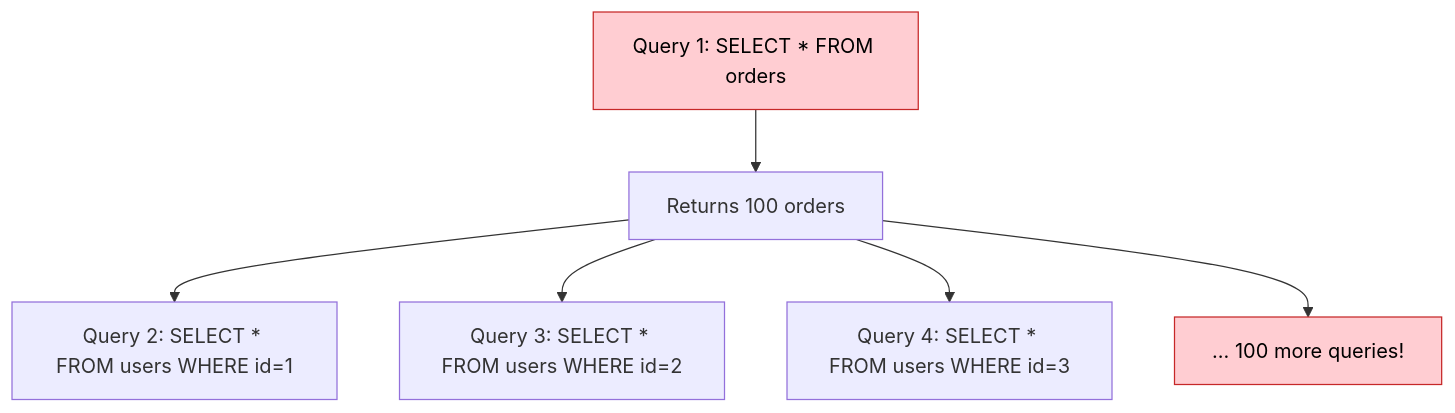
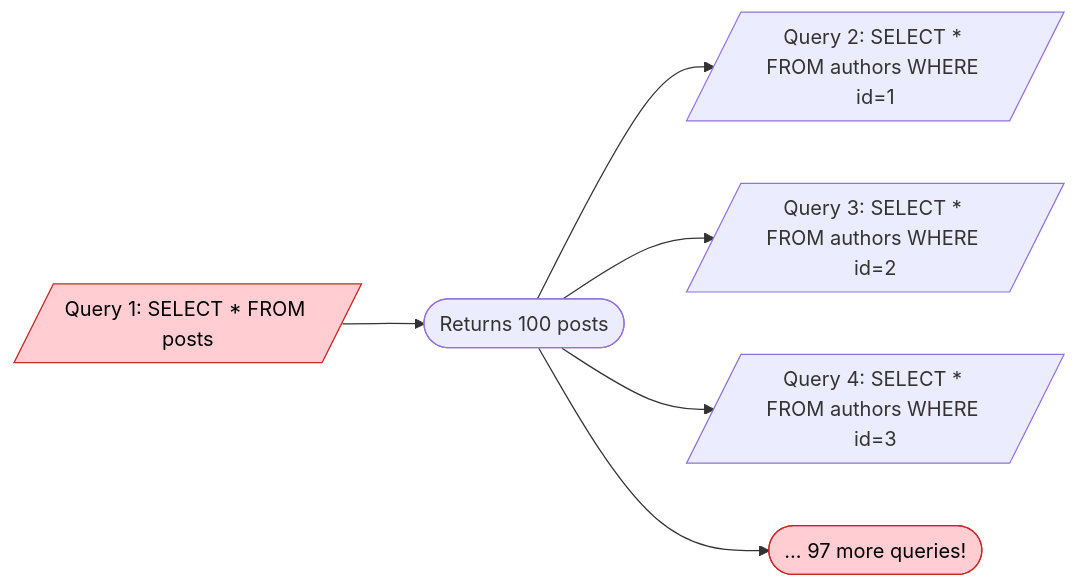
One commit to saivamsikaruturi/vamsilabs-dev-notes-main changed the fourth of 4 diagrams in docs/springboot/spring-data-jpa.md. Above: the diagram before and after it, drawn with Mermaid. The commit also changed other lines of this file and 146 other files, not shown here.

Commit message:
Horizontal diagrams, UML class diagrams, typography overhaul, and permalink cleanup

````diff
--- a/docs/springboot/spring-data-jpa.md
+++ b/docs/springboot/spring-data-jpa.md
@@ -160,11 +423,11 @@
 ```mermaid
-flowchart TD
-    Q1["Query 1: SELECT * FROM orders"] --> R["Returns 100 orders"]
-    R --> Q2["Query 2: SELECT * FROM users WHERE id=1"]
-    R --> Q3["Query 3: SELECT * FROM users WHERE id=2"]
-    R --> Q4["Query 4: SELECT * FROM users WHERE id=3"]
-    R --> QN["... 100 more queries!"]
+flowchart LR
+    Q1[/"Query 1: SELECT * FROM posts"/] --> R(["Returns 100 posts"])
+    R --> Q2[/"Query 2: SELECT * FROM authors WHERE id=1"/]
+    R --> Q3[/"Query 3: SELECT * FROM authors WHERE id=2"/]
+    R --> Q4[/"Query 4: SELECT * FROM authors WHERE id=3"/]
+    R --> QN(["... 97 more queries!"])
 
     style Q1 fill:#FFCDD2,stroke:#C62828,color:#000
     style QN fill:#FFCDD2,stroke:#C62828,color:#000
 ```
````
